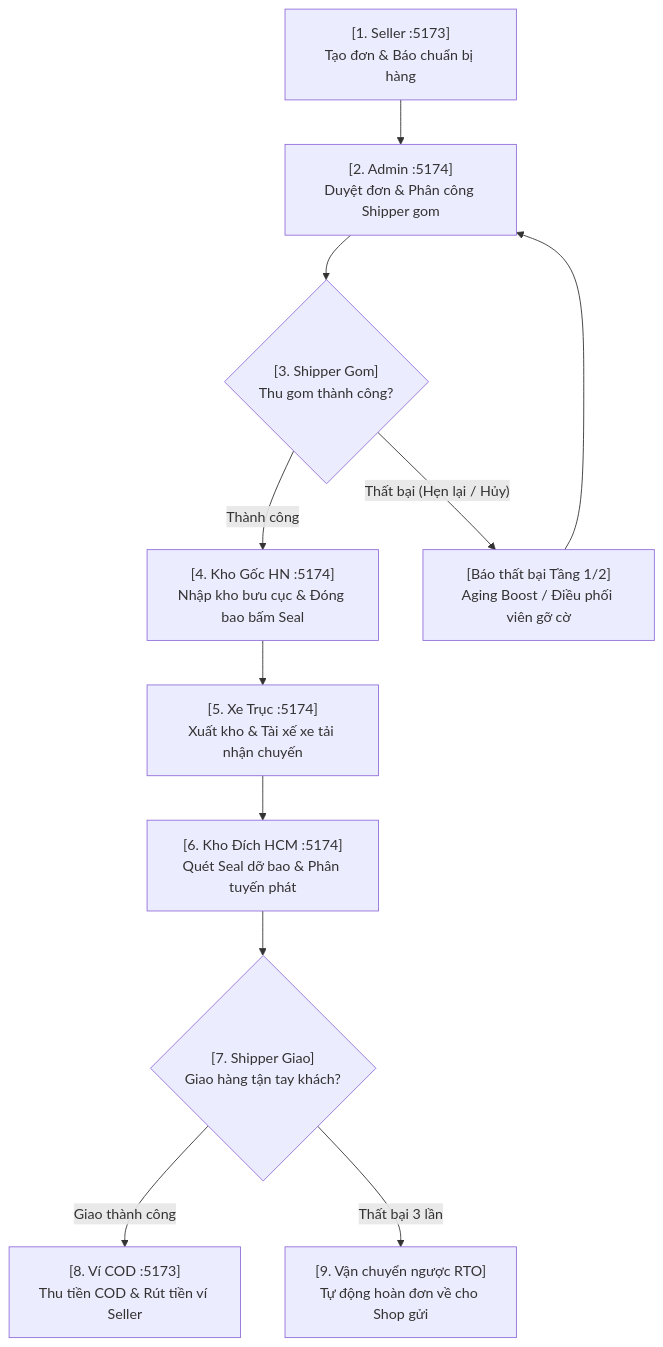
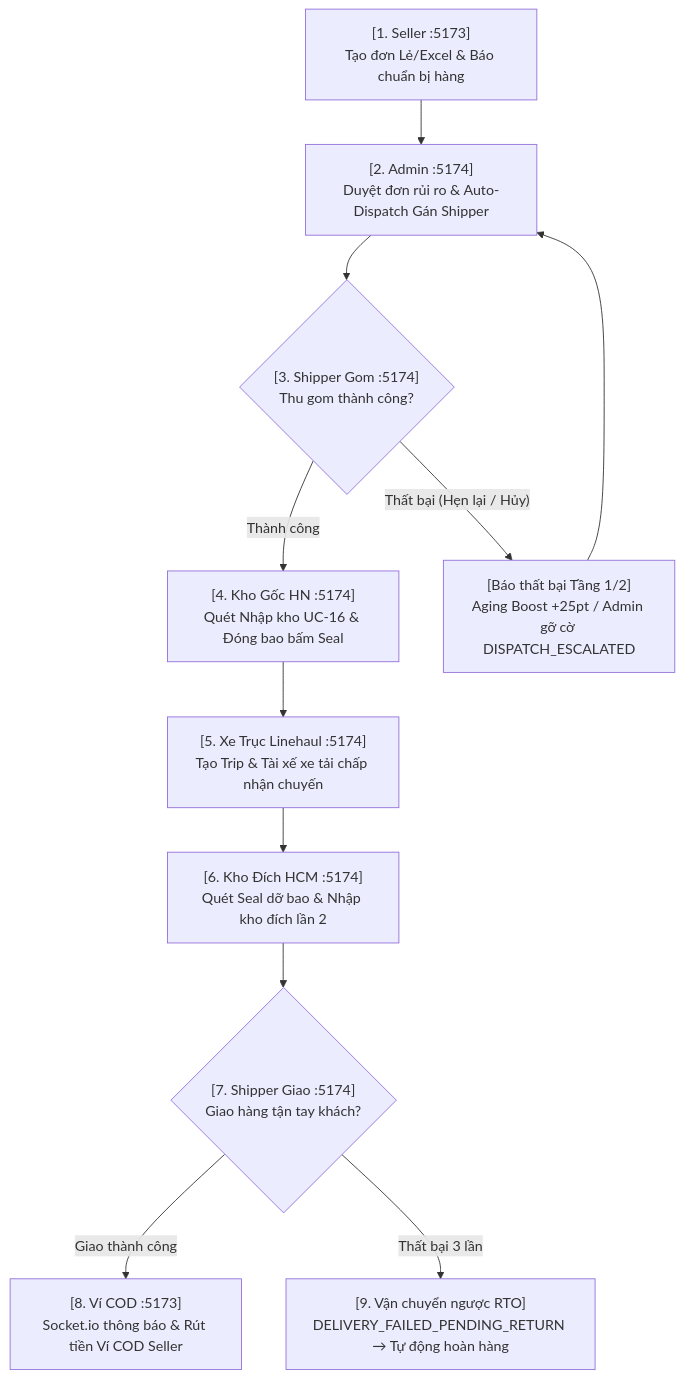
Before and after one commit to sonthanhtungTiTi/e_logistic: the diagram in HUONG_DAN_TEST_WEB_UI.md, drawn with Mermaid. The commit also changed other lines of this file, not shown here.

Commit message:
docs: sync overview.md, HUONG_DAN_TEST_WEB_UI.md, and Test-project-tung.md with v2.5 architecture

````diff
--- a/HUONG_DAN_TEST_WEB_UI.md
+++ b/HUONG_DAN_TEST_WEB_UI.md
@@ -36,13 +42,13 @@
 ```mermaid
 flowchart TD
-    A["[1. Seller :5173]<br/>Tạo đơn & Báo chuẩn bị hàng"] --> B["[2. Admin :5174]<br/>Duyệt đơn & Phân công Shipper gom"]
-    B --> C{"[3. Shipper Gom]<br/>Thu gom thành công?"}
-    C -- "Thành công" --> D["[4. Kho Gốc HN :5174]<br/>Nhập kho bưu cục & Đóng bao bấm Seal"]
-    C -- "Thất bại (Hẹn lại / Hủy)" --> C1["[Báo thất bại Tầng 1/2]<br/>Aging Boost / Điều phối viên gỡ cờ"]
+    A["[1. Seller :5173]<br/>Tạo đơn Lẻ/Excel & Báo chuẩn bị hàng"] --> B["[2. Admin :5174]<br/>Duyệt đơn rủi ro & Auto-Dispatch Gán Shipper"]
+    B --> C{"[3. Shipper Gom :5174]<br/>Thu gom thành công?"}
+    C -- "Thành công" --> D["[4. Kho Gốc HN :5174]<br/>Quét Nhập kho UC-16 & Đóng bao bấm Seal"]
+    C -- "Thất bại (Hẹn lại / Hủy)" --> C1["[Báo thất bại Tầng 1/2]<br/>Aging Boost +25pt / Admin gỡ cờ DISPATCH_ESCALATED"]
     C1 --> B
-    D --> E["[5. Xe Trục :5174]<br/>Xuất kho & Tài xế xe tải nhận chuyến"]
-    E --> F["[6. Kho Đích HCM :5174]<br/>Quét Seal dỡ bao & Phân tuyến phát"]
-    F --> G{"[7. Shipper Giao]<br/>Giao hàng tận tay khách?"}
-    G -- "Giao thành công" --> H["[8. Ví COD :5173]<br/>Thu tiền COD & Rút tiền ví Seller"]
-    G -- "Thất bại 3 lần" --> I["[9. Vận chuyển ngược RTO]<br/>Tự động hoàn đơn về cho Shop gửi"]
+    D --> E["[5. Xe Trục Linehaul :5174]<br/>Tạo Trip & Tài xế xe tải chấp nhận chuyến"]
+    E --> F["[6. Kho Đích HCM :5174]<br/>Quét Seal dỡ bao & Nhập kho đích lần 2"]
+    F --> G{"[7. Shipper Giao :5174]<br/>Giao hàng tận tay khách?"}
+    G -- "Giao thành công" --> H["[8. Ví COD :5173]<br/>Socket.io thông báo & Rút tiền Ví COD Seller"]
+    G -- "Thất bại 3 lần" --> I["[9. Vận chuyển ngược RTO]<br/>DELIVERY_FAILED_PENDING_RETURN → Tự động hoàn hàng"]
 ```
````
